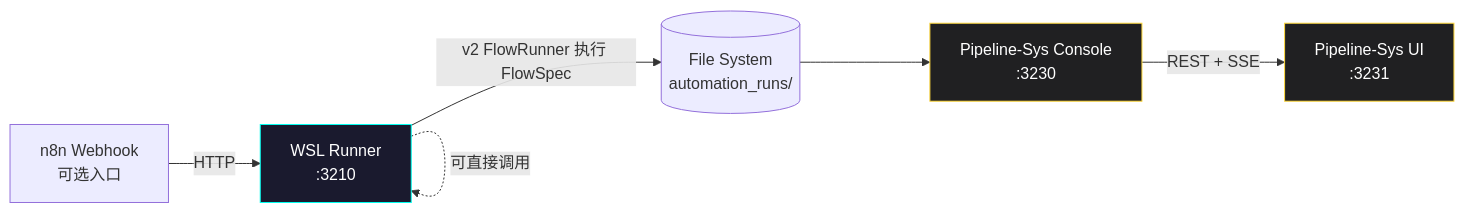
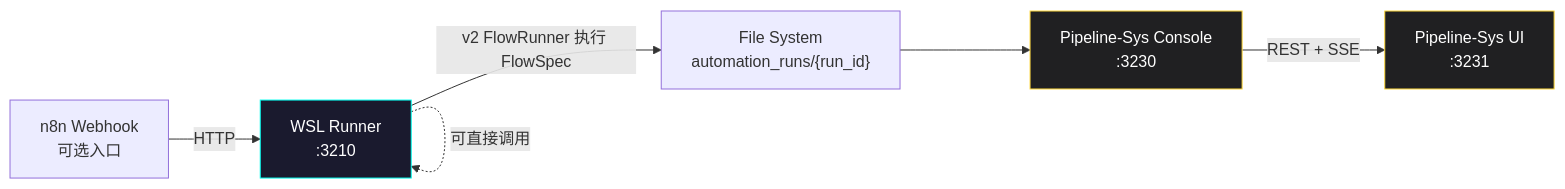
The first of 6 diagrams in workflows/reusable/pipeline-sys/WORKFLOW-OVERVIEW.md (angelash/Footnote), drawn with Mermaid before and after one commit. The commit also changed other lines of this file and 1 other file, not shown here.

Commit message:
docs(pipeline-sys): refine mermaid flowcharts in README and WORKFLOW-OVERVIEW for improved clarity and consistency

````diff
--- a/workflows/reusable/pipeline-sys/WORKFLOW-OVERVIEW.md
+++ b/workflows/reusable/pipeline-sys/WORKFLOW-OVERVIEW.md
@@ -25,12 +25,12 @@
 ```mermaid
 flowchart LR
     A[n8n Webhook<br/>可选入口] -->|HTTP| B[WSL Runner<br/>:3210]
-    B -->|v2 FlowRunner 执行 FlowSpec| C[(File System<br/>automation_runs/<run_id>)]
+    B -->|v2 FlowRunner 执行 FlowSpec| C["File System<br/>automation_runs/{run_id}"]
     C --> D[Pipeline-Sys Console<br/>:3230]
     D -->|REST + SSE| E[Pipeline-Sys UI<br/>:3231]
     B -.可直接调用.-> B
 
     style B fill:#1a1a2e,stroke:#00fff0,color:#fff
     style D fill:#202022,stroke:#ffd93d,color:#fff
     style E fill:#202022,stroke:#ffd93d,color:#fff
 ```
````
